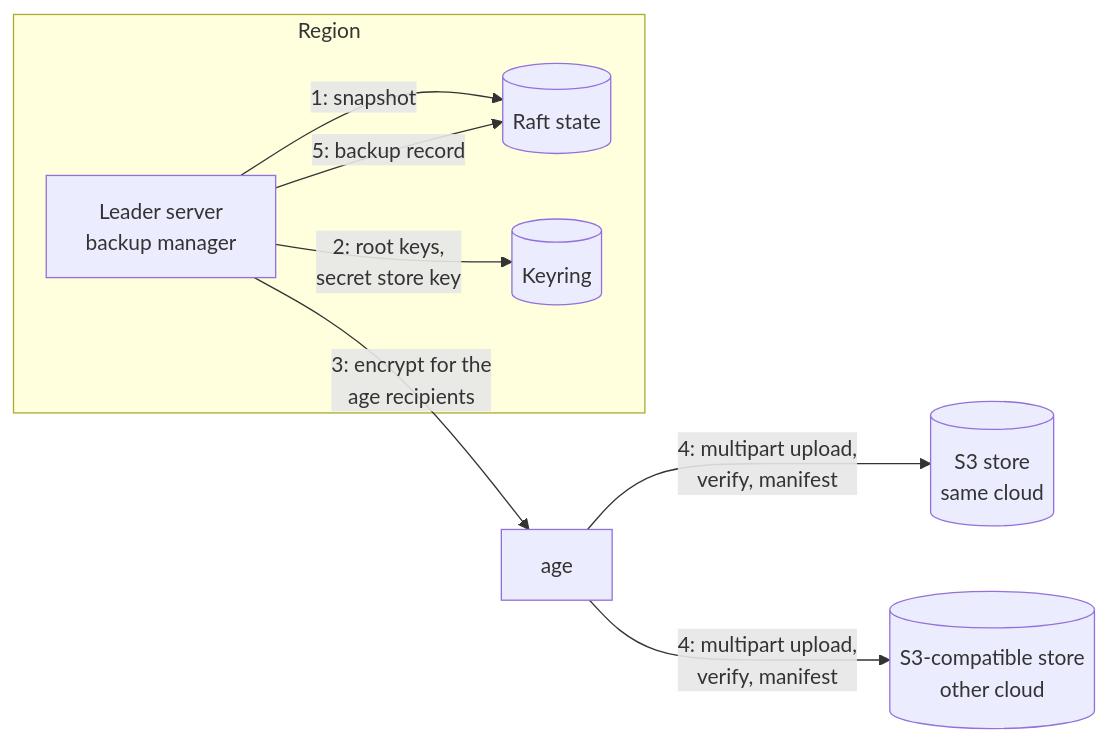
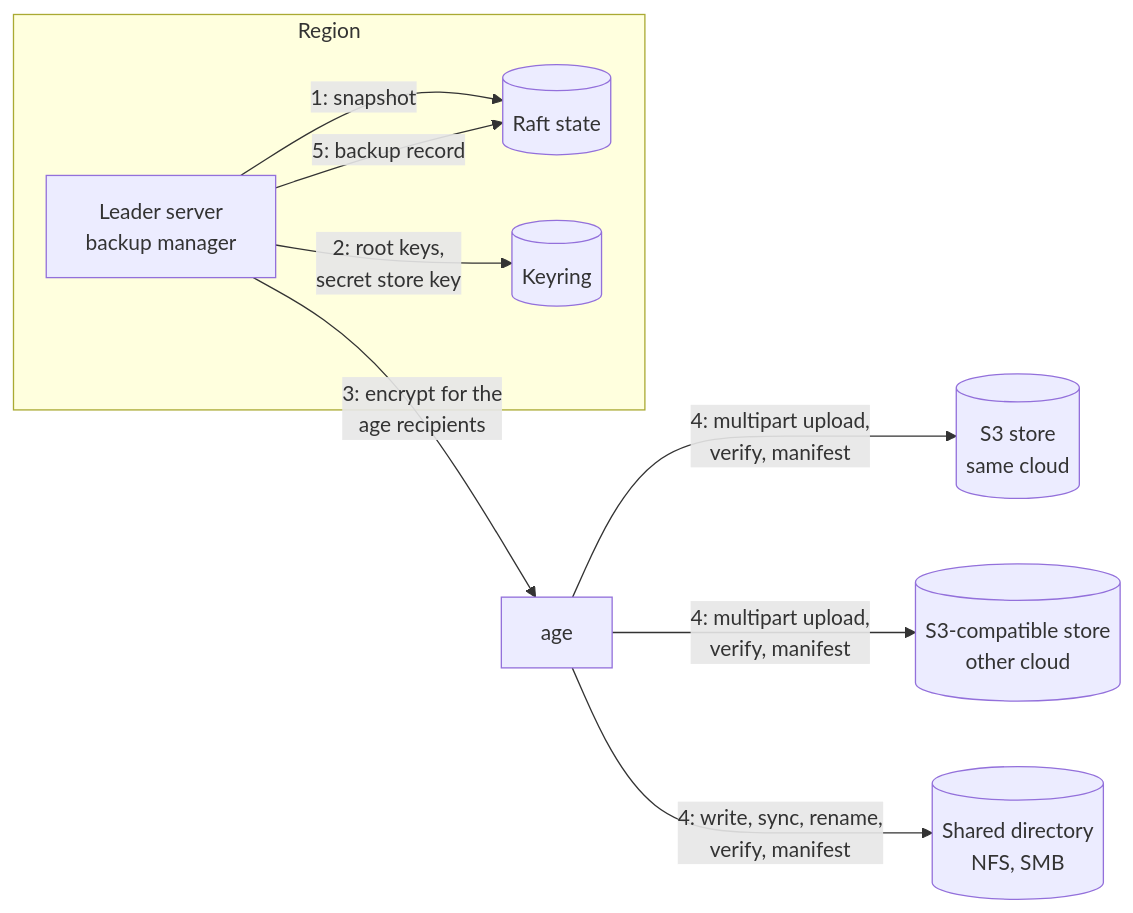
Before and after one commit to bacanoo-io/norca-doc: the first of 3 diagrams in content/docs/features/backup-restore.md, drawn with Mermaid. The commit also changed other lines of this file and 10 other files, not shown here.

````diff
--- a/content/docs/features/backup-restore.md
+++ b/content/docs/features/backup-restore.md
@@ -46,14 +48,15 @@
 ```mermaid
 flowchart LR
   subgraph region["Region"]
     L["Leader server<br/>backup manager"]
     RAFT[("Raft state")]
     KS[("Keyring")]
   end
   L -- "1: snapshot" --> RAFT
   L -- "2: root keys,<br/>secret store key" --> KS
   L -- "3: encrypt for the<br/>age recipients" --> ENC["age"]
   ENC -- "4: multipart upload,<br/>verify, manifest" --> S3A[("S3 store<br/>same cloud")]
   ENC -- "4: multipart upload,<br/>verify, manifest" --> S3B[("S3-compatible store<br/>other cloud")]
+  ENC -- "4: write, sync, rename,<br/>verify, manifest" --> DIR[("Shared directory<br/>NFS, SMB")]
   L -- "5: backup record" --> RAFT
 ```
````
